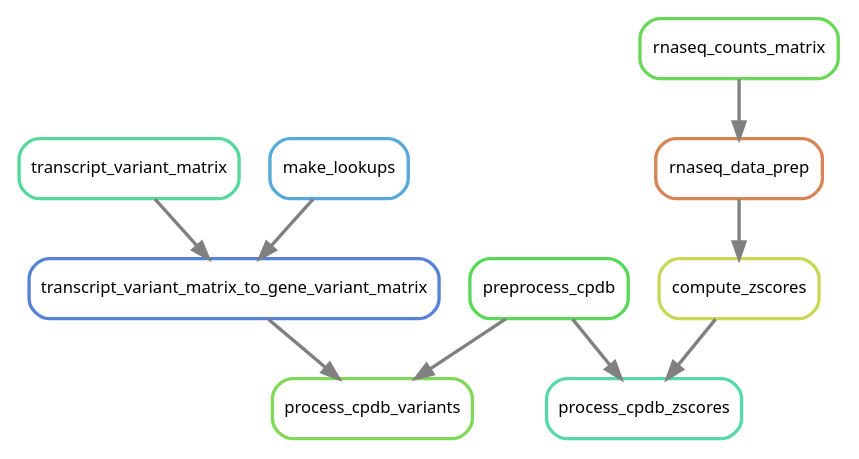
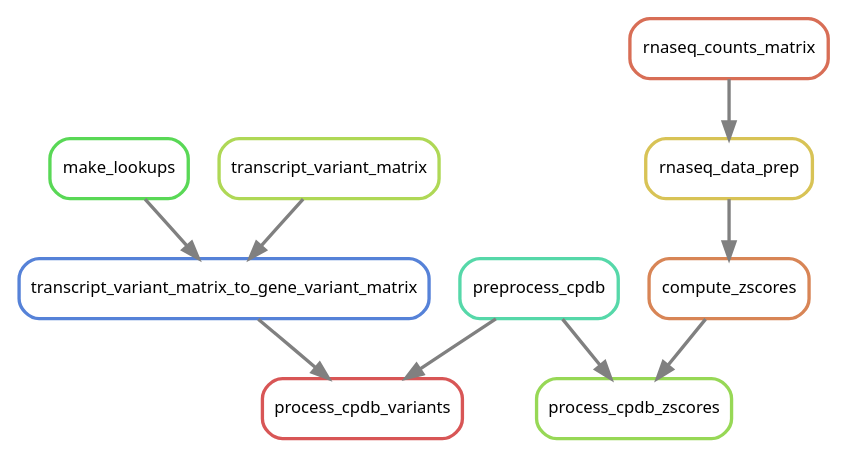
Before and after one commit to NCBI-Hackathons/Pharmacogenomics_Prediction_Pipeline_P3: the diagram in doc/source/images/cpdb.dot, drawn with Graphviz. The commit also changed 28 other files, not shown here.

```diff
--- a/doc/source/images/cpdb.dot
+++ b/doc/source/images/cpdb.dot
@@ -1,22 +1,22 @@
 digraph snakemake_dag {
     graph[bgcolor=white, margin=0];
     node[shape=box, style=rounded, fontname=sans,                 fontsize=10, penwidth=2];
     edge[penwidth=2, color=grey];
-	0[label = "transcript_variant_matrix", color = "0.42 0.6 0.85", style="rounded"];
-	1[label = "preprocess_cpdb", color = "0.33 0.6 0.85", style="rounded"];
-	2[label = "transcript_variant_matrix_to_gene_variant_matrix", color = "0.61 0.6 0.85", style="rounded"];
-	3[label = "process_cpdb_zscores", color = "0.44 0.6 0.85", style="rounded"];
-	4[label = "compute_zscores", color = "0.19 0.6 0.85", style="rounded"];
-	5[label = "rnaseq_data_prep", color = "0.06 0.6 0.85", style="rounded"];
-	6[label = "rnaseq_counts_matrix", color = "0.31 0.6 0.85", style="rounded"];
-	7[label = "process_cpdb_variants", color = "0.28 0.6 0.85", style="rounded"];
-	8[label = "make_lookups", color = "0.56 0.6 0.85", style="rounded"];
+	0[label = "rnaseq_data_prep", color = "0.14 0.6 0.85", style="rounded"];
+	1[label = "make_lookups", color = "0.33 0.6 0.85", style="rounded"];
+	2[label = "compute_zscores", color = "0.06 0.6 0.85", style="rounded"];
+	3[label = "process_cpdb_zscores", color = "0.25 0.6 0.85", style="rounded"];
+	4[label = "preprocess_cpdb", color = "0.44 0.6 0.85", style="rounded"];
+	5[label = "transcript_variant_matrix_to_gene_variant_matrix", color = "0.61 0.6 0.85", style="rounded"];
+	6[label = "process_cpdb_variants", color = "0.00 0.6 0.85", style="rounded"];
+	7[label = "rnaseq_counts_matrix", color = "0.03 0.6 0.85", style="rounded"];
+	8[label = "transcript_variant_matrix", color = "0.22 0.6 0.85", style="rounded"];
+	7 -> 0
 	0 -> 2
-	8 -> 2
-	1 -> 3
+	2 -> 3
 	4 -> 3
-	5 -> 4
-	6 -> 5
-	1 -> 7
-	2 -> 7
+	1 -> 5
+	8 -> 5
+	4 -> 6
+	5 -> 6
 }            
```
